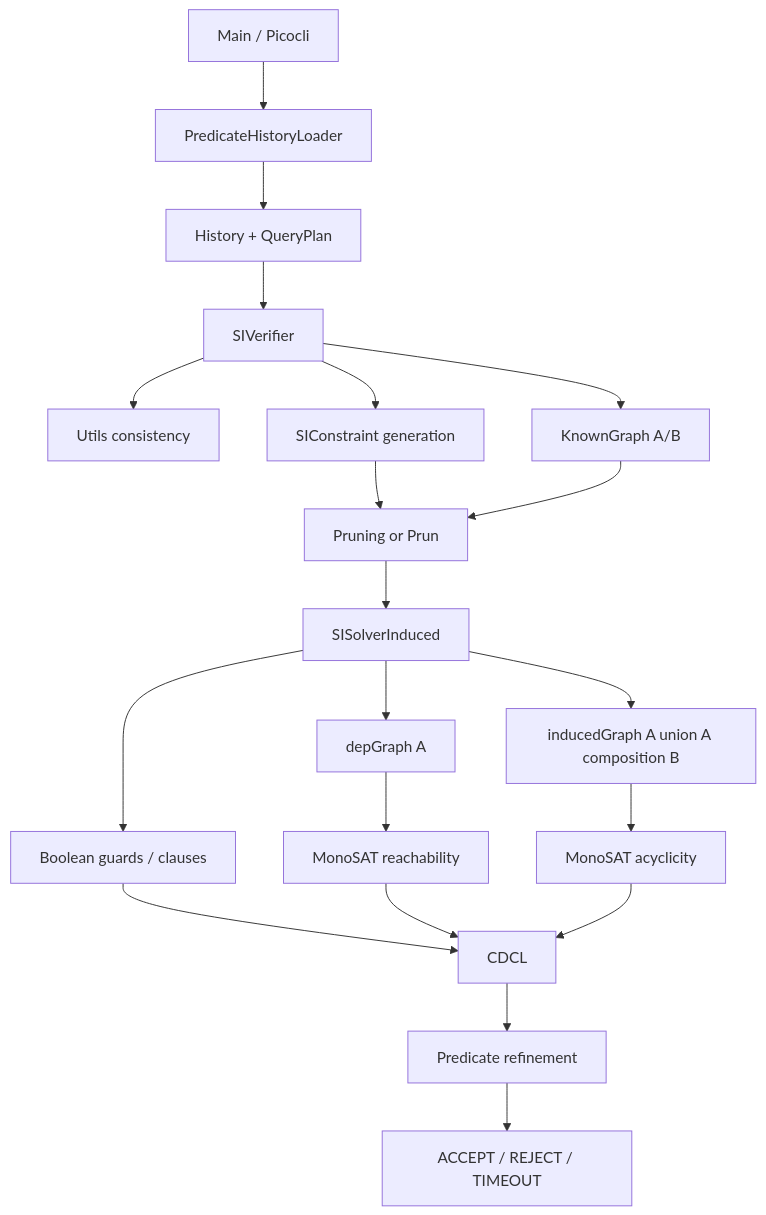
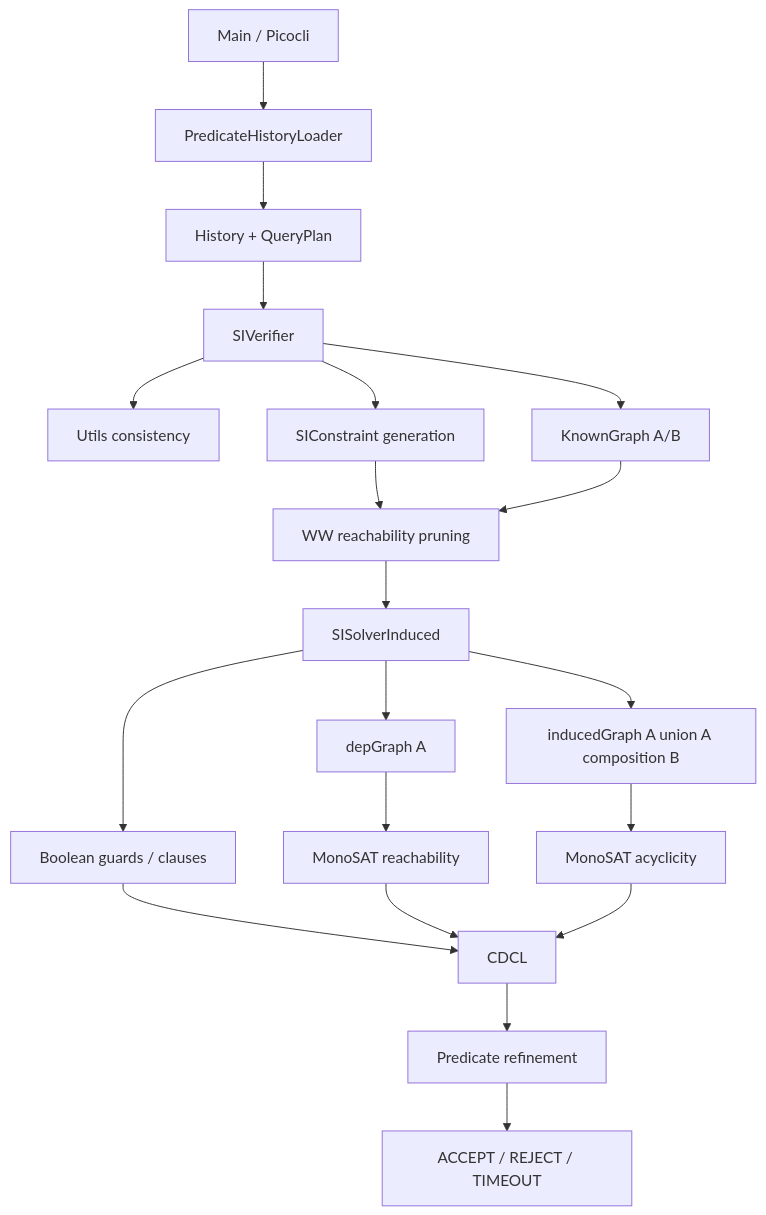
Before and after one commit to sodakci/predicate: the third of 6 diagrams in SI/si-result-detector/docs/SI_DESIGN.md, drawn with Mermaid. The commit also changed other lines of this file and 26 other files, not shown here.

````diff
--- a/SI/si-result-detector/docs/SI_DESIGN.md
+++ b/SI/si-result-detector/docs/SI_DESIGN.md
@@ -548,22 +532,22 @@
 ```mermaid
 flowchart TD
     A[Main / Picocli] --> B[PredicateHistoryLoader]
     B --> C[History + QueryPlan]
     C --> D[SIVerifier]
     D --> E[Utils consistency]
     D --> F[KnownGraph A/B]
     D --> G[SIConstraint generation]
-    G --> H[Pruning or Prun]
+    G --> H[WW reachability pruning]
     F --> H
     H --> I[SISolverInduced]
     I --> J[depGraph A]
     I --> K[inducedGraph A union A composition B]
     I --> L[Boolean guards / clauses]
     J --> M[MonoSAT reachability]
     K --> N[MonoSAT acyclicity]
     L --> O[CDCL]
     M --> O
     N --> O
     O --> P[Predicate refinement]
     P --> Q[ACCEPT / REJECT / TIMEOUT]
 ```
````
